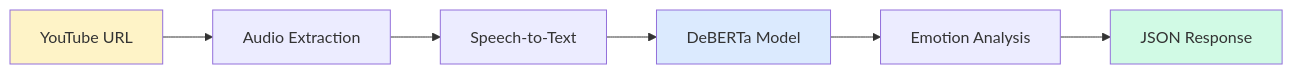
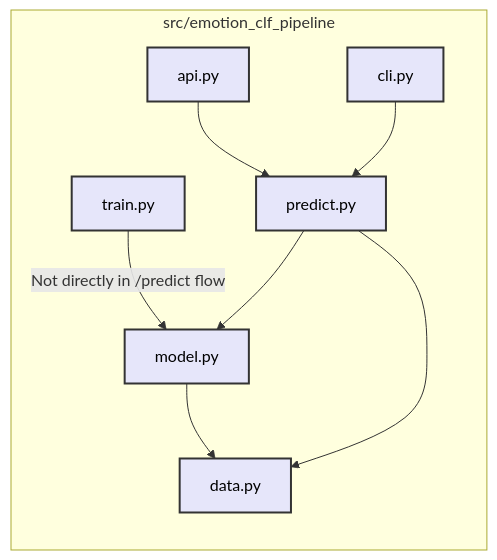
One commit to BredaUniversityADSAI/2024-25d-fai2-adsai-group-nlp6 changed the third of 3 diagrams in README.md. Above: the diagram before and after it, drawn with Mermaid. The commit also changed other lines of this file, not shown here.

````diff
--- a/README.md
+++ b/README.md
@@ -189,12 +303,22 @@
 ```mermaid
 graph LR
-    A[YouTube URL] --> B[Audio Extraction]
-    B --> C[Speech-to-Text]
-    C --> D[DeBERTa Model]
-    D --> E[Emotion Analysis]
-    E --> F[JSON Response]
-    
-    style A fill:#fef3c7
-    style F fill:#d1fae5
-    style D fill:#dbeafe
+    subgraph src/emotion_clf_pipeline
+        A[api.py]
+        B[cli.py]
+        C[predict.py]
+        D[model.py]
+        E[data.py]
+        F[train.py] -- Not directly in /predict flow --> D
+    end
+
+    A --> C
+    B --> C
+    C --> D
+    C --> E
+
+    D --> E
+
+
+    classDef moduleStyle fill:#E6E6FA,stroke:#333,stroke-width:2px,color:#000
+    class A,B,C,D,E,F moduleStyle
 ```
````
